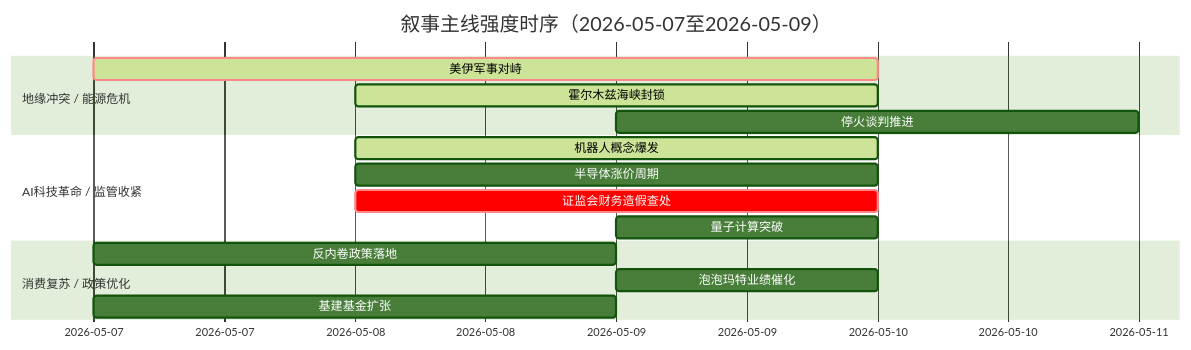
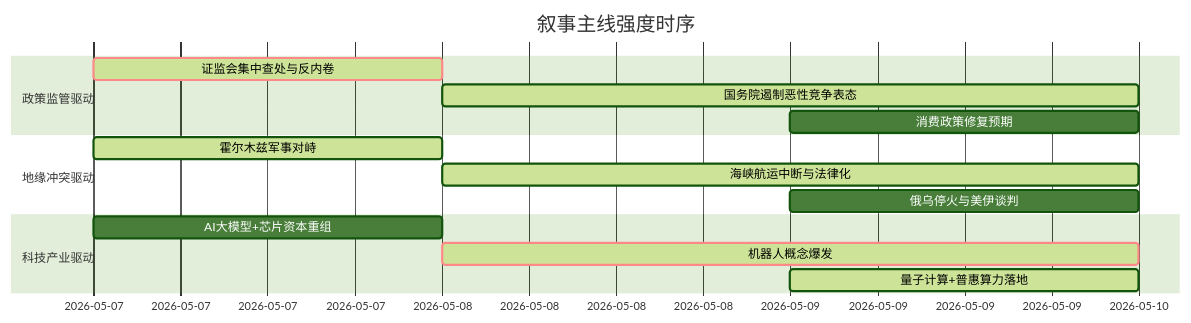
Before and after one commit to uu5zn/uu5zn.github.io: the diagram in 5day_report.md, drawn with Mermaid (forest theme). The commit also changed other lines of this file and 17 other files, not shown here.

````diff
--- a/5day_report.md
+++ b/5day_report.md
@@ -78,20 +53,19 @@
 ```mermaid
 gantt
-    title 叙事主线强度时序（2026-05-07至2026-05-09）
+    title 叙事主线强度时序
     dateFormat  YYYY-MM-DD
-    section 地缘冲突 / 能源危机
-    美伊军事对峙 :crit, active, 2026-05-07, 3d
-    霍尔木兹海峡封锁 :active, 2026-05-08, 2d
-    停火谈判推进 :2026-05-09, 2d
+    section 政策监管驱动
+    证监会集中查处与反内卷 :crit, active, 2026-05-07, 1d
+    国务院遏制恶性竞争表态 :active, 2026-05-08, 2d
+    消费政策修复预期 :2026-05-09, 1d
 
-    section AI科技革命 / 监管收紧
-    机器人概念爆发 :active, 2026-05-08, 2d
-    半导体涨价周期 :2026-05-08, 2d
-    证监会财务造假查处 :crit, 2026-05-08, 2d
-    量子计算突破 :2026-05-09, 1d
+    section 地缘冲突驱动
+    霍尔木兹军事对峙 :active, 2026-05-07, 1d
+    海峡航运中断与法律化 :active, 2026-05-08, 2d
+    俄乌停火与美伊谈判 :2026-05-09, 1d
 
-    section 消费复苏 / 政策优化
-    反内卷政策落地 :2026-05-07, 2d
-    泡泡玛特业绩催化 :2026-05-09, 1d
-    基建基金扩张 :2026-05-07, 2d
+    section 科技产业驱动
+    AI大模型+芯片资本重组 :2026-05-07, 1d
+    机器人概念爆发 :crit, active, 2026-05-08, 2d
+    量子计算+普惠算力落地 :active, 2026-05-09, 1d
 ```
````
